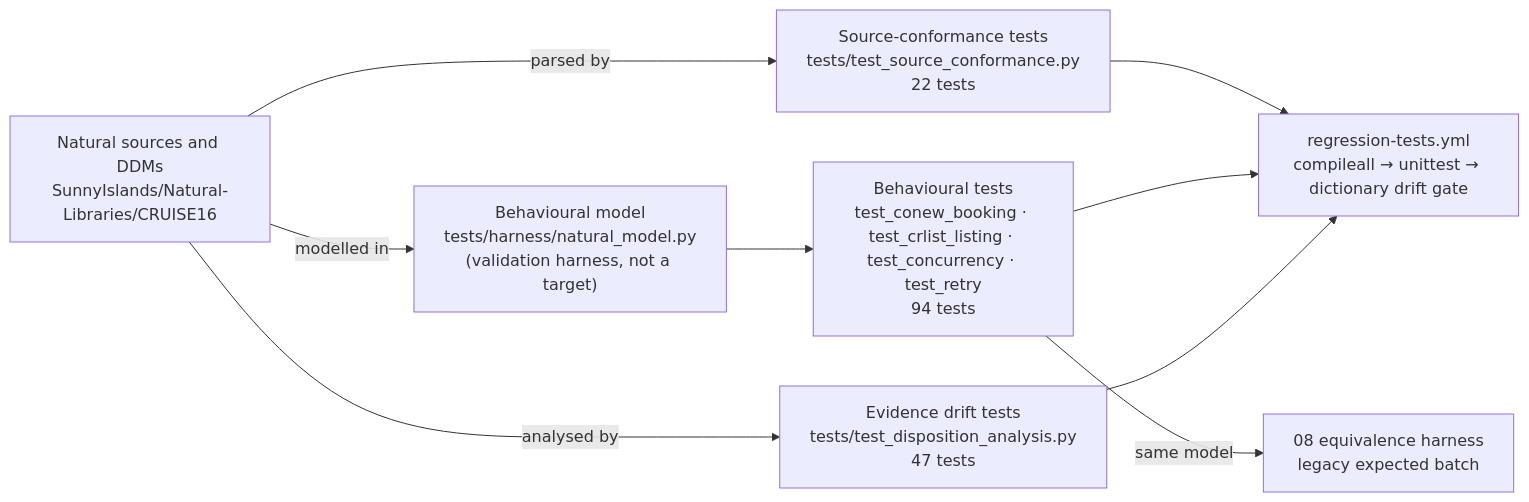
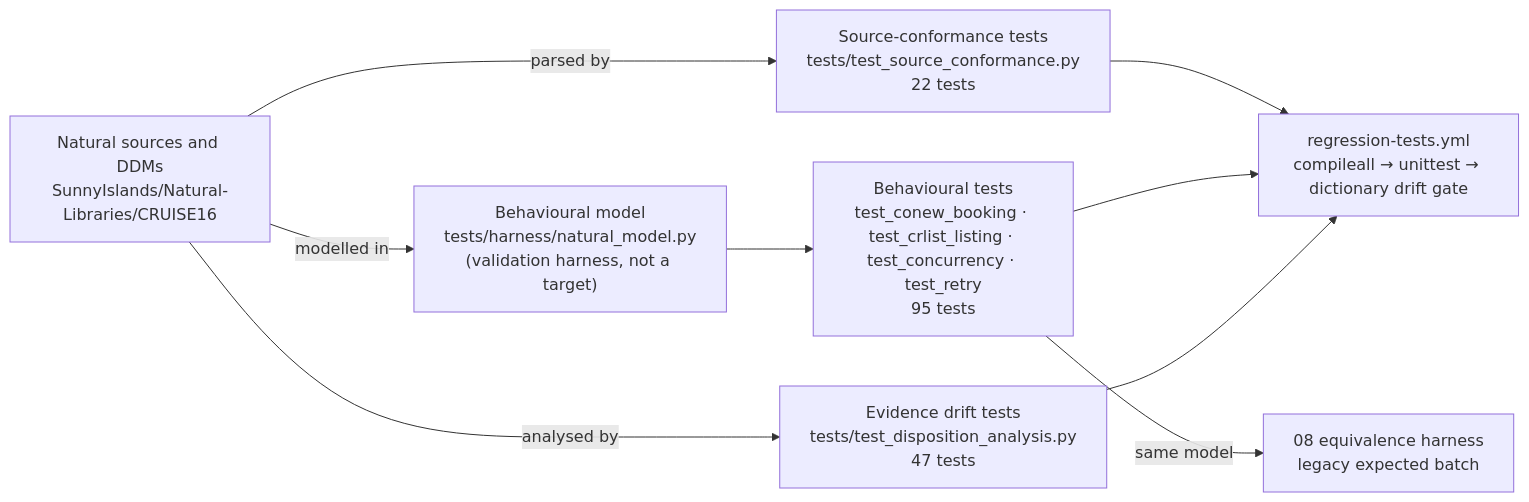
The diagram in fpps-hcm-modernization-deliverable/09-unit-test-regression-jcl-runcompare/test-generation-approach.md (COG-GTM/ADABAS-natural-for-ajax-devops-sample-application), drawn with Mermaid before and after one commit. The commit also changed other lines of this file and 6 other files, not shown here.

First line of the commit message:
Harness: conew_optimistic refuses attempts < 1 like retry_on_hold; doc the BR-M005 answer as out of scope

````diff
--- a/fpps-hcm-modernization-deliverable/09-unit-test-regression-jcl-runcompare/test-generation-approach.md
+++ b/fpps-hcm-modernization-deliverable/09-unit-test-regression-jcl-runcompare/test-generation-approach.md
@@ -35,9 +35,9 @@
 ```mermaid
 flowchart LR
     SRC["Natural sources and DDMs<br/>SunnyIslands/Natural-Libraries/CRUISE16"] -->|"parsed by"| CONF["Source-conformance tests<br/>tests/test_source_conformance.py<br/>22 tests"]
     SRC -->|"modelled in"| MODEL["Behavioural model<br/>tests/harness/natural_model.py<br/>(validation harness, not a target)"]
-    MODEL --> BEH["Behavioural tests<br/>test_conew_booking · test_crlist_listing · test_concurrency · test_retry<br/>94 tests"]
+    MODEL --> BEH["Behavioural tests<br/>test_conew_booking · test_crlist_listing · test_concurrency · test_retry<br/>95 tests"]
     SRC -->|"analysed by"| DISP["Evidence drift tests<br/>tests/test_disposition_analysis.py<br/>47 tests"]
     CONF & BEH & DISP --> CI["regression-tests.yml<br/>compileall → unittest → dictionary drift gate"]
     BEH -->|"same model"| EQ["08 equivalence harness<br/>legacy expected batch"]
 ```
````
